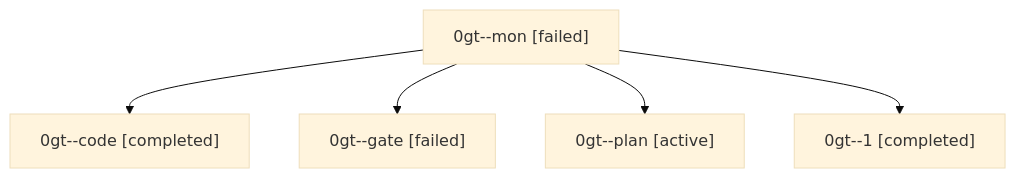
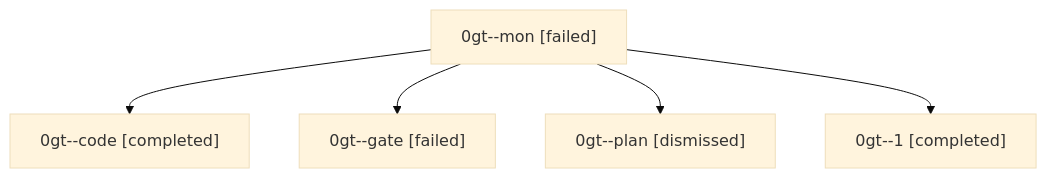
Before and after one commit to sase-org/sase--agents: the diagram in sessions/bbugyi200.athena.0gt.md, drawn with Mermaid (base theme). The commit also changed other lines of this file and 24 other files, not shown here.

````diff
--- a/sessions/bbugyi200.athena.0gt.md
+++ b/sessions/bbugyi200.athena.0gt.md
@@ -9,12 +9,12 @@
 ```mermaid
 flowchart TD
   n0["0gt--mon [failed]"]
   n1["0gt--code [completed]"]
   n0 --> n1
   n2["0gt--gate [failed]"]
   n0 --> n2
-  n3["0gt--plan [active]"]
+  n3["0gt--plan [dismissed]"]
   n0 --> n3
   n4["0gt--1 [completed]"]
   n0 --> n4
 ```
````
